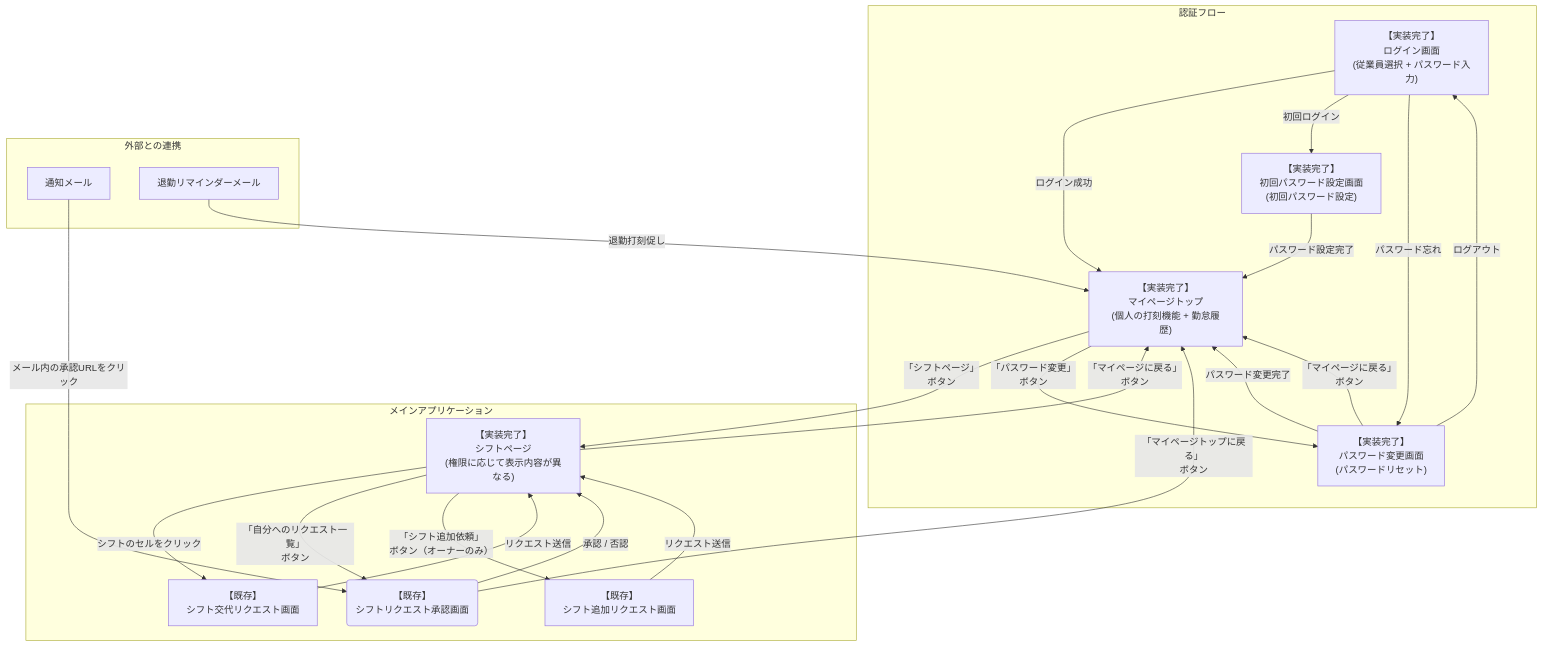
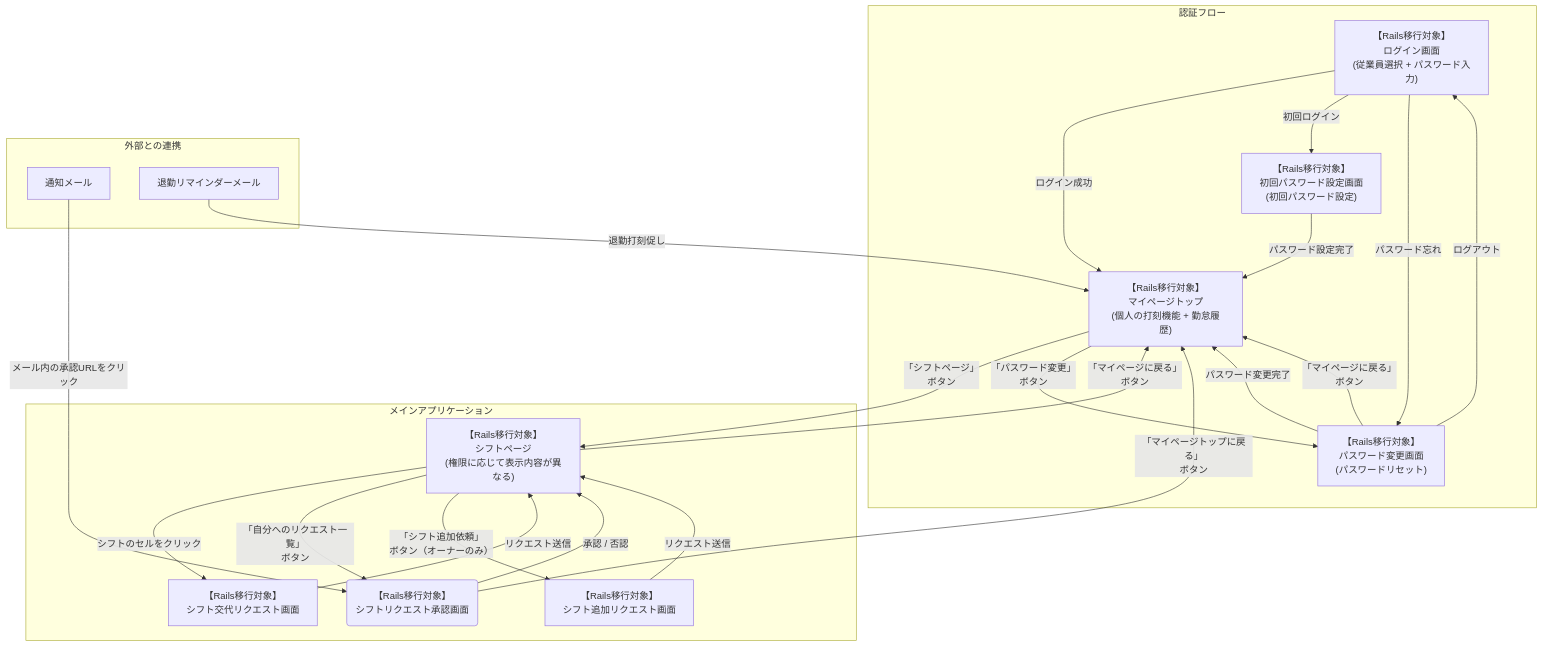
Before and after one commit to Hiru-ge/freee-Internship: the diagram in docs/requirement.md, drawn with Mermaid. The commit also changed other lines of this file and 3 other files, not shown here.

````diff
--- a/docs/requirement.md
+++ b/docs/requirement.md
@@ -80,31 +80,31 @@
 ```mermaid
 graph TD
     subgraph "認証フロー"
-        Login["【実装完了】<br>ログイン画面<br>(従業員選択 + パスワード入力)"]
-        Login -->|"ログイン成功"| MyPage["【実装完了】<br>マイページトップ<br>(個人の打刻機能 + 勤怠履歴)"]
-        Login -->|"初回ログイン"| InitialPassword["【実装完了】<br>初回パスワード設定画面<br>(初回パスワード設定)"]
+        Login["【Rails移行対象】<br>ログイン画面<br>(従業員選択 + パスワード入力)"]
+        Login -->|"ログイン成功"| MyPage["【Rails移行対象】<br>マイページトップ<br>(個人の打刻機能 + 勤怠履歴)"]
+        Login -->|"初回ログイン"| InitialPassword["【Rails移行対象】<br>初回パスワード設定画面<br>(初回パスワード設定)"]
         InitialPassword -->|"パスワード設定完了"| MyPage
-        Login -->|"パスワード忘れ"| PasswordChange["【実装完了】<br>パスワード変更画面<br>(パスワードリセット)"]
+        Login -->|"パスワード忘れ"| PasswordChange["【Rails移行対象】<br>パスワード変更画面<br>(パスワードリセット)"]
         PasswordChange -->|"パスワード変更完了"| MyPage
     end
 
     subgraph "メインアプリケーション"
-        MyPage -->|"「シフトページ」<br>ボタン"| ShiftPage["【実装完了】<br>シフトページ<br>(権限に応じて表示内容が異なる)"]
+        MyPage -->|"「シフトページ」<br>ボタン"| ShiftPage["【Rails移行対象】<br>シフトページ<br>(権限に応じて表示内容が異なる)"]
         MyPage -->|"「パスワード変更」<br>ボタン"| PasswordChange
         ShiftPage -->|"「マイページに戻る」<br>ボタン"| MyPage
-        ShiftPage -->|"シフトのセルをクリック"| RequestForm["【既存】<br>シフト交代リクエスト画面"]
-        ShiftPage -->|"「自分へのリクエスト一覧」<br>ボタン"| Approval("【既存】<br>シフトリクエスト承認画面")
-        ShiftPage -->|"「シフト追加依頼」<br>ボタン（オーナーのみ）"| AddForm["【既存】<br>シフト追加リクエスト画面"]
+        ShiftPage -->|"シフトのセルをクリック"| RequestForm["【Rails移行対象】<br>シフト交代リクエスト画面"]
+        ShiftPage -->|"「自分へのリクエスト一覧」<br>ボタン"| Approval("【Rails移行対象】<br>シフトリクエスト承認画面")
+        ShiftPage -->|"「シフト追加依頼」<br>ボタン（オーナーのみ）"| AddForm["【Rails移行対象】<br>シフト追加リクエスト画面"]
         RequestForm -->|"リクエスト送信"| ShiftPage
         Approval -->|"承認 / 否認"| ShiftPage
         Approval -->|"「マイページトップに戻る」<br>ボタン"| MyPage
         AddForm -->|"リクエスト送信"| ShiftPage
         PasswordChange -->|"「マイページに戻る」<br>ボタン"| MyPage
         PasswordChange -->|"ログアウト"| Login
     end
 
     subgraph "外部との連携"
         Mail["通知メール"] -->|"メール内の承認URLをクリック"| Approval
         Reminder["退勤リマインダーメール"] -->|"退勤打刻促し"| MyPage
     end
 ```
````
